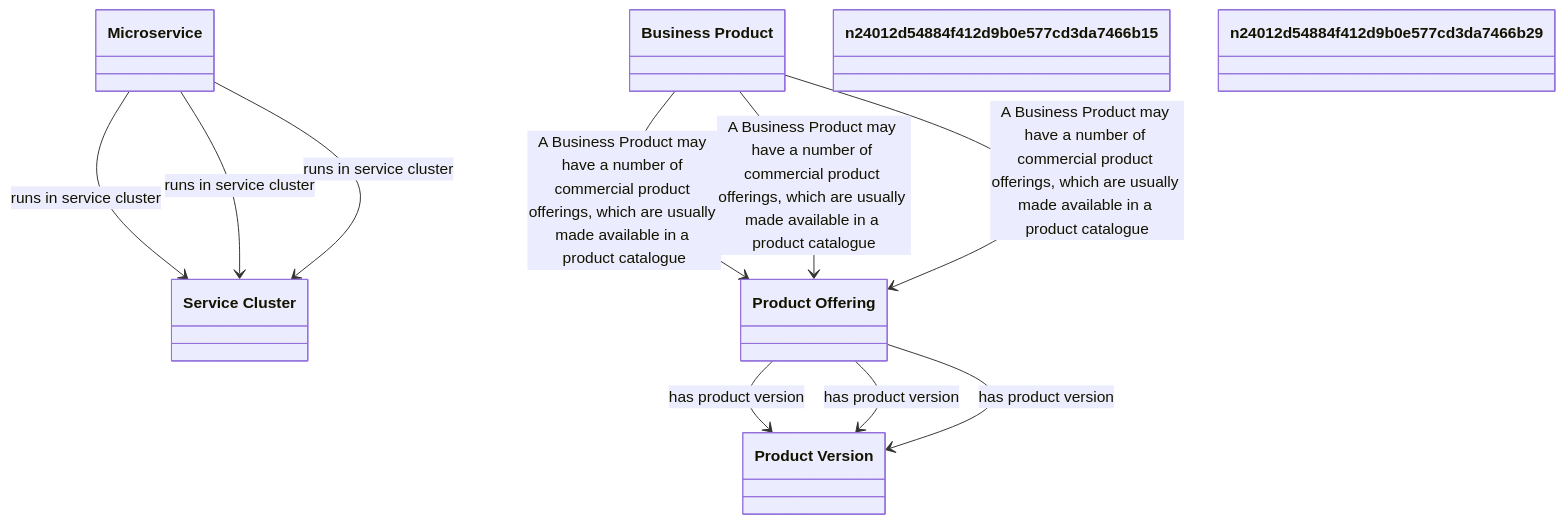
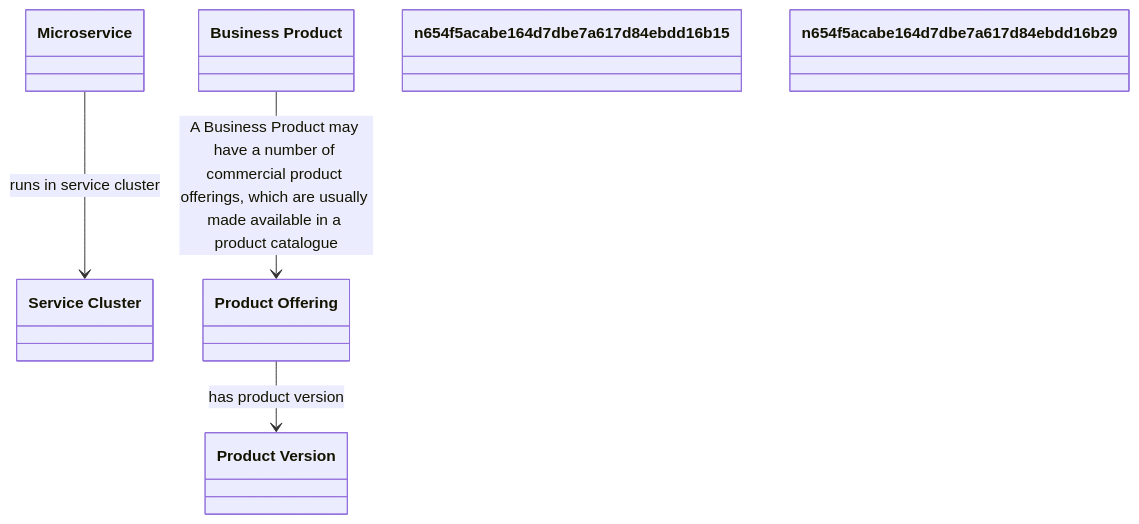
The diagram in output/ieswc_freq/product.ttl-freq-7-0-hard.md (oeg-upm/Devos), drawn with Mermaid before and after one commit. The commit also changed 131 other files, not shown here.

````diff
--- a/output/ieswc_freq/product.ttl-freq-7-0-hard.md
+++ b/output/ieswc_freq/product.ttl-freq-7-0-hard.md
@@ -1,53 +1,41 @@
 ```mermaid
 	classDiagram
 
     
     class `Service Cluster` {
     
     }
 
     class `Product Offering` {
     
     }
 
     class `Product Version` {
     
     }
 
     class `Microservice` {
     
     }
 
     class `Business Product` {
     
     }
 
-    class `n24012d54884f412d9b0e577cd3da7466b15` {
+    class `n654f5acabe164d7dbe7a617d84ebdd16b15` {
     
     }
 
-    class `n24012d54884f412d9b0e577cd3da7466b29` {
+    class `n654f5acabe164d7dbe7a617d84ebdd16b29` {
     
     }
 
 
 
-`Microservice`  --> `Service Cluster`   :runs in service cluster  
-
 `Business Product`  --> `Product Offering`   :A Business Product may have a number of commercial product offerings, which are usually made available in a product catalogue  
-
-`Product Offering`  --> `Product Version`   :has product version  
-
-`Business Product`  --> `Product Offering`   :A Business Product may have a number of commercial product offerings, which are usually made available in a product catalogue  
-
-`Microservice`  --> `Service Cluster`   :runs in service cluster  
 
 `Microservice`  --> `Service Cluster`   :runs in service cluster  
 
 `Product Offering`  --> `Product Version`   :has product version  
 
-`Business Product`  --> `Product Offering`   :A Business Product may have a number of commercial product offerings, which are usually made available in a product catalogue  
-
-`Product Offering`  --> `Product Version`   :has product version  
-
 ```
````
